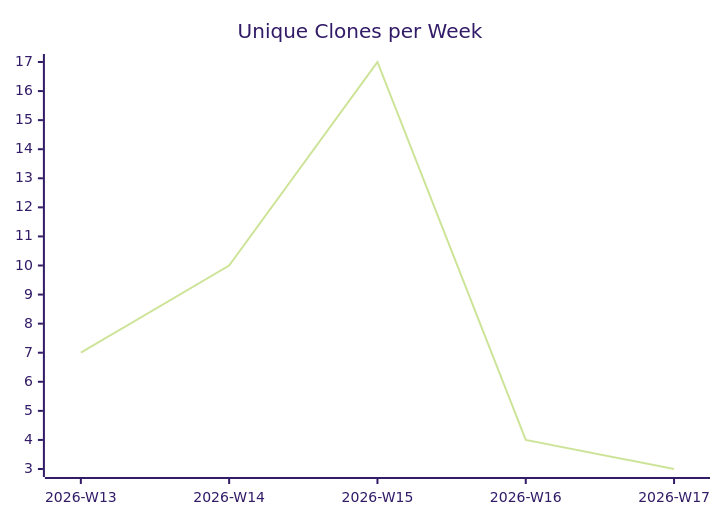
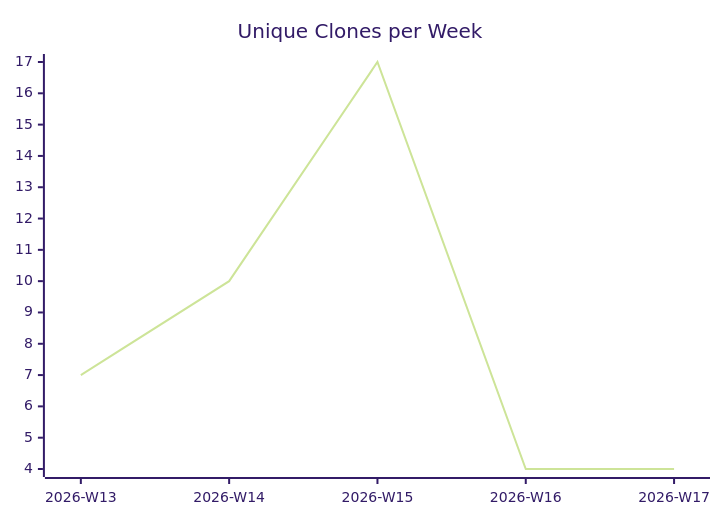
One commit to justdavis-family/github-analytics-data changed the third of 3 diagrams in karlmdavis/ksoap2-android/README.md. Above: the diagram before and after it, drawn with Mermaid (forest theme). The commit also changed other lines of this file and 191 other files, not shown here.

````diff
--- a/karlmdavis/ksoap2-android/README.md
+++ b/karlmdavis/ksoap2-android/README.md
@@ -19,6 +19,6 @@
 ```mermaid
 xychart-beta
   title "Unique Clones per Week"
   x-axis ["2026-W13", "2026-W14", "2026-W15", "2026-W16", "2026-W17"]
-  line [7, 10, 17, 4, 3]
+  line [7, 10, 17, 4, 4]
 ```
````
